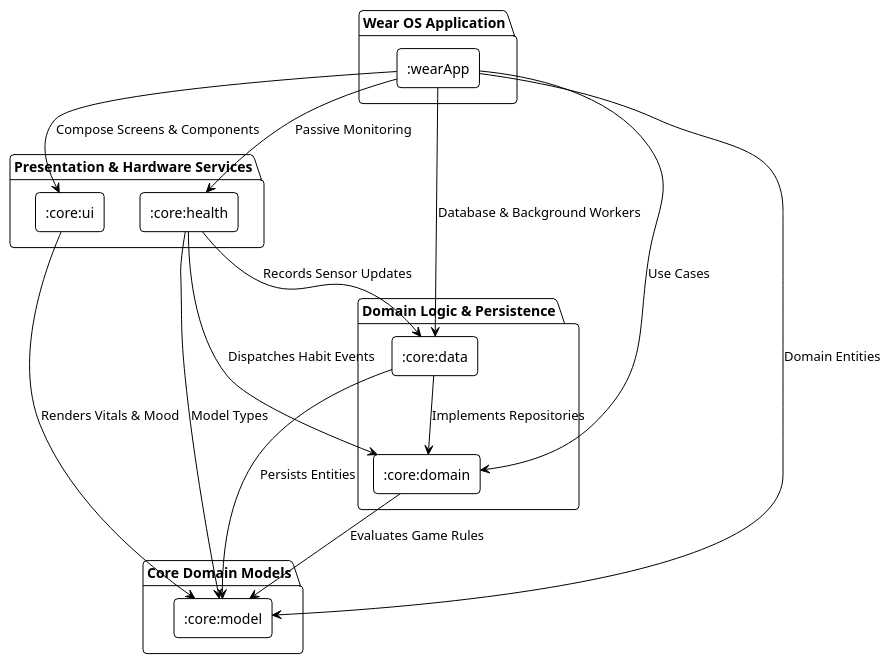
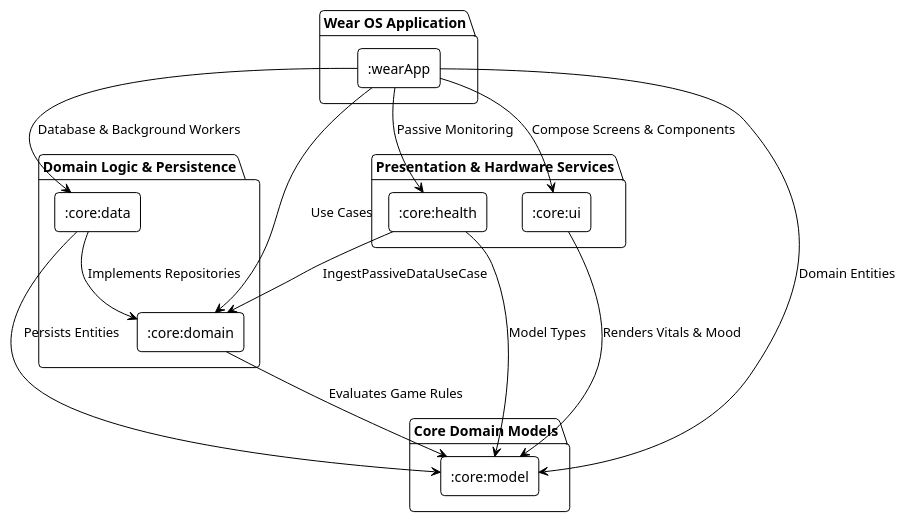
One commit to DunderGG/health-companion changed the second of 6 diagrams in docs/ARCHITECTURE.md. Above: the diagram before and after it, drawn with PlantUML. The commit also changed other lines of this file and 19 other files, not shown here.

````diff
--- a/docs/ARCHITECTURE.md
+++ b/docs/ARCHITECTURE.md
@@ -75,41 +75,40 @@
 ```plantuml
 @startuml Module_Architecture
 !theme plain
 skinparam componentStyle rectangle
 skinparam roundCorner 8
 
 package "Wear OS Application" {
     [:wearApp] as wearApp
 }
 
 package "Presentation & Hardware Services" {
     [:core:ui] as coreUi
     [:core:health] as coreHealth
 }
 
 package "Domain Logic & Persistence" {
     [:core:domain] as coreDomain
     [:core:data] as coreData
 }
 
 package "Core Domain Models" {
     [:core:model] as coreModel
 }
 
 wearApp --> coreUi : Compose Screens & Components
 wearApp --> coreHealth : Passive Monitoring
 wearApp --> coreDomain : Use Cases
 wearApp --> coreData : Database & Background Workers
 wearApp --> coreModel : Domain Entities
 
 coreUi --> coreModel : Renders Vitals & Mood
-coreHealth --> coreDomain : Dispatches Habit Events
-coreHealth --> coreData : Records Sensor Updates
+coreHealth --> coreDomain : IngestPassiveDataUseCase
 coreHealth --> coreModel : Model Types
 
 coreData --> coreDomain : Implements Repositories
 coreData --> coreModel : Persists Entities
 
 coreDomain --> coreModel : Evaluates Game Rules
 @enduml
 ```
````
